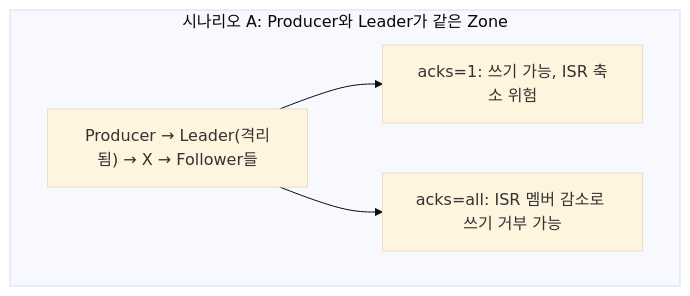
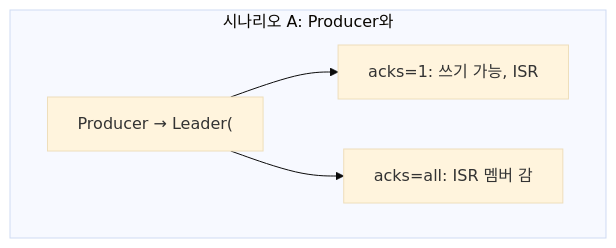
One commit to yjkim2015/yjkim2015.github.io changed diagram 19 of 21 in _posts/kafka/2026-05-01-kafka-extreme-scenarios.md. Above: the diagram before and after it, drawn with Mermaid (base theme). The commit also changed other lines of this file and 271 other files, not shown here.

First line of the commit message:
Mermaid 라벨 축소: 긴 노드 텍스트 18자 이하로 트림 + \n 제거

````diff
--- a/_posts/kafka/2026-05-01-kafka-extreme-scenarios.md
+++ b/_posts/kafka/2026-05-01-kafka-extreme-scenarios.md
@@ -572,10 +572,10 @@
 ```mermaid
 graph TD
-    subgraph scenA["시나리오 A: Producer와 Leader가 같은 Zone"]
-        SA1["Producer → Leader(격리됨) → X → Follower들"]
-        SA2["acks=1: 쓰기 가능, ISR 축소 위험"]
-        SA3["acks=all: ISR 멤버 감소로 쓰기 거부 가능"]
+    subgraph scenA["시나리오 A: Producer와"]
+        SA1["Producer → Leader("]
+        SA2["acks=1: 쓰기 가능, ISR"]
+        SA3["acks=all: ISR 멤버 감"]
         SA1 --> SA2
         SA1 --> SA3
     end
 ```
````
